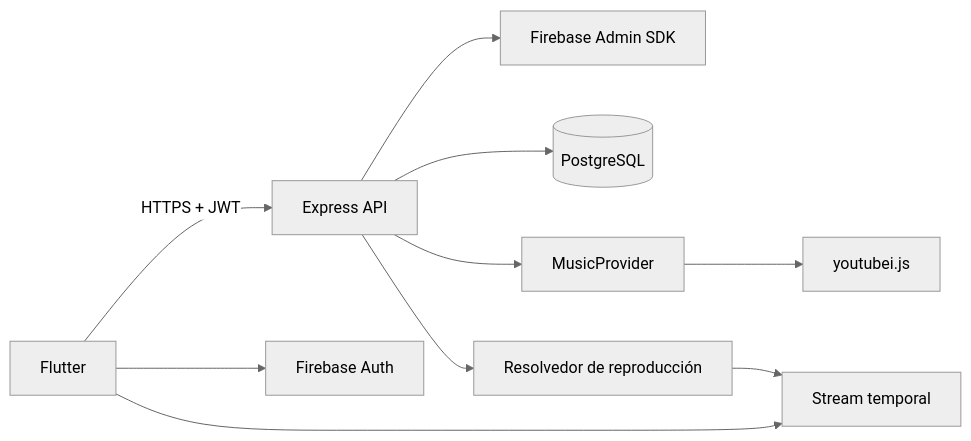
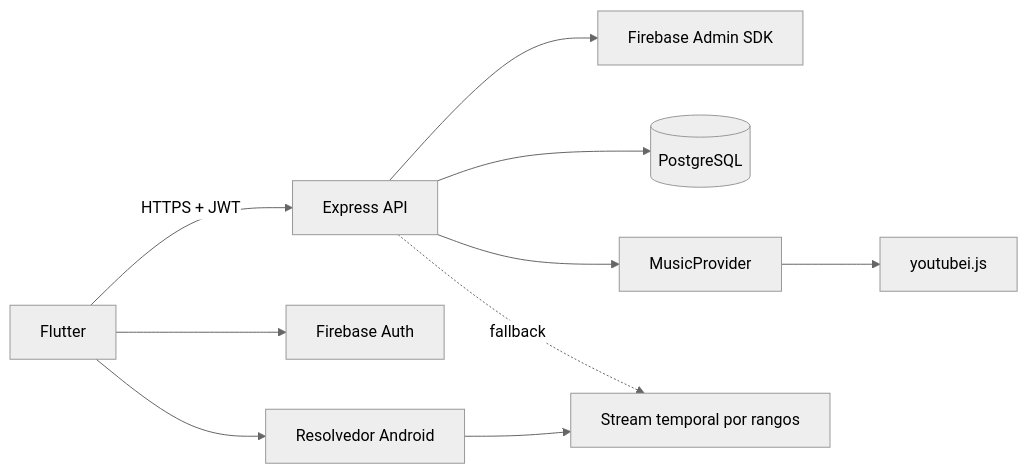
Before and after one commit to MarckDL/Mysic_App: the diagram in README.md, drawn with Mermaid (neutral theme). The commit also changed other lines of this file and 19 other files, not shown here.

Commit message:
feat(playback): resolve Android audio on device

````diff
--- a/README.md
+++ b/README.md
@@ -53,12 +54,12 @@
 ```mermaid
 flowchart LR
     Mobile["Flutter"] -->|"HTTPS + JWT"| API["Express API"]
     Mobile --> Auth["Firebase Auth"]
     API --> Admin["Firebase Admin SDK"]
     API --> DB[("PostgreSQL")]
     API --> Provider["MusicProvider"]
     Provider --> YT["youtubei.js"]
-    API --> Playback["Resolvedor de reproducción"]
-    Playback --> Player["Stream temporal"]
-    Mobile --> Player
+    Mobile --> DevicePlayback["Resolvedor Android"]
+    DevicePlayback --> Player["Stream temporal por rangos"]
+    API -. fallback .-> Player
 ```
````
